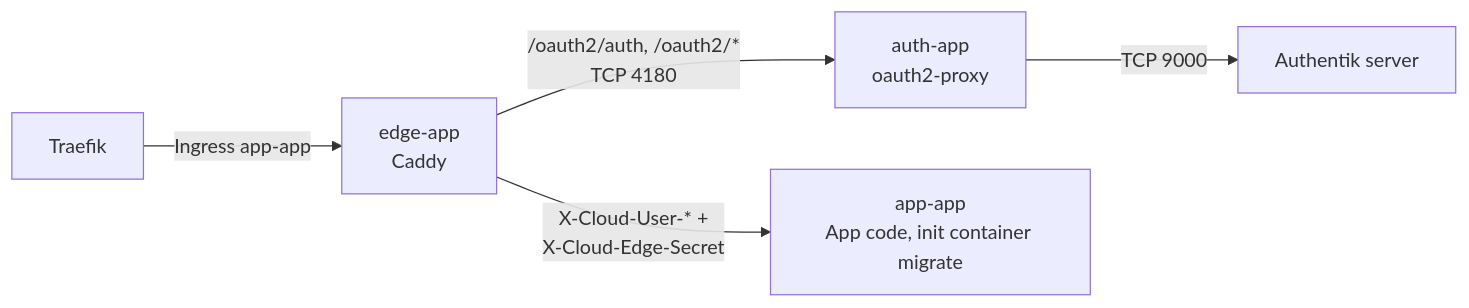
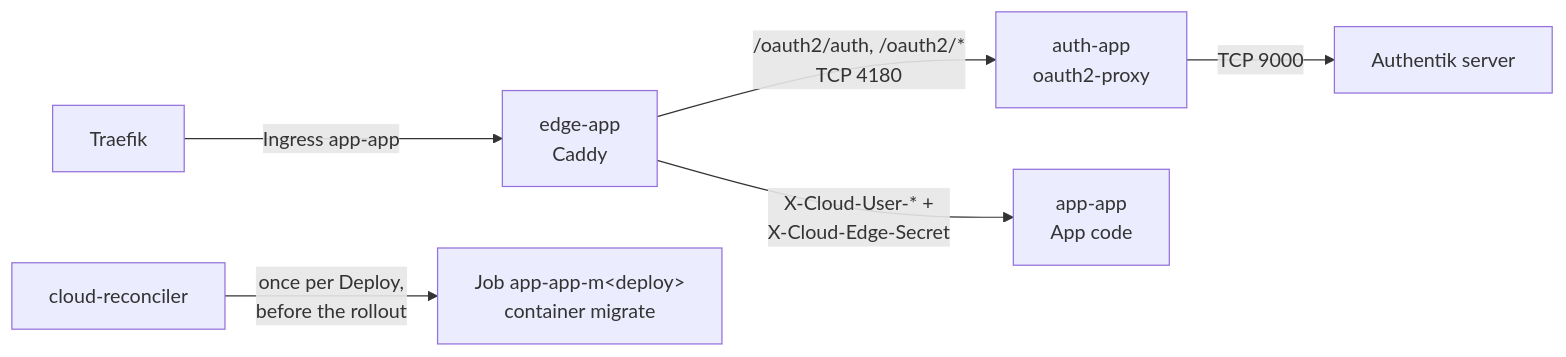
Before and after one commit to ViktorBarzin/infra: the second of 2 diagrams in docs/architecture/cloud.md, drawn with Mermaid. The commit also changed other lines of this file and 7 other files, not shown here.

First line of the commit message:
cloud: admit a Deploy's migrate Job (Cloud B16)

````diff
--- a/docs/architecture/cloud.md
+++ b/docs/architecture/cloud.md
@@ -352,7 +352,8 @@
 ```mermaid
 flowchart LR
   T[Traefik] -->|Ingress app-app| E["edge-app<br/>Caddy"]
   E -->|"/oauth2/auth, /oauth2/*<br/>TCP 4180"| O["auth-app<br/>oauth2-proxy"]
-  E -->|"X-Cloud-User-* +<br/>X-Cloud-Edge-Secret"| A["app-app<br/>App code, init container migrate"]
+  E -->|"X-Cloud-User-* +<br/>X-Cloud-Edge-Secret"| A["app-app<br/>App code"]
   O -->|"TCP 9000"| AK[Authentik server]
+  R[cloud-reconciler] -->|"once per Deploy,<br/>before the rollout"| J["Job app-app-m&lt;deploy&gt;<br/>container migrate"]
 ```
````
